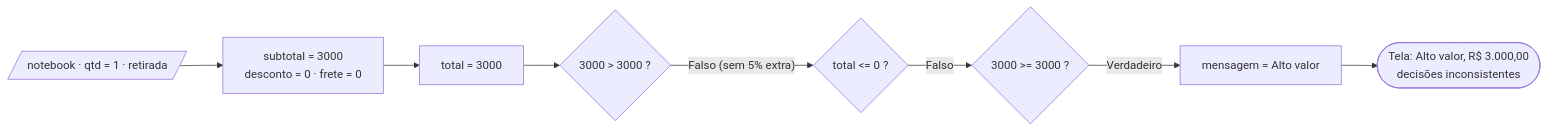
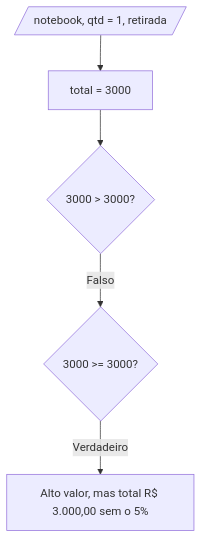
Before and after one commit to italomtlindo/caixa_branca: the sixth of 7 diagrams in README.md, drawn with Mermaid. The commit also changed other lines of this file, not shown here.

````diff
--- a/README.md
+++ b/README.md
@@ -479,10 +440,7 @@
 ```mermaid
-flowchart LR
-    A[/notebook · qtd = 1 · retirada/] --> B["subtotal = 3000<br/>desconto = 0 · frete = 0"]
-    B --> C["total = 3000"]
-    C --> D{"3000 > 3000 ?"}
-    D -- "Falso (sem 5% extra)" --> E{"total <= 0 ?"}
-    E -- Falso --> F{"3000 >= 3000 ?"}
-    F -- Verdadeiro --> G["mensagem = Alto valor"]
-    G --> H(["Tela: Alto valor, R$ 3.000,00<br/>decisões inconsistentes"])
+flowchart TD
+    A[/notebook, qtd = 1, retirada/] --> B[total = 3000]
+    B --> C{3000 > 3000?}
+    C -- Falso --> D{3000 >= 3000?}
+    D -- Verdadeiro --> E[Alto valor, mas total R$ 3.000,00 sem o 5%]
 ```
````
